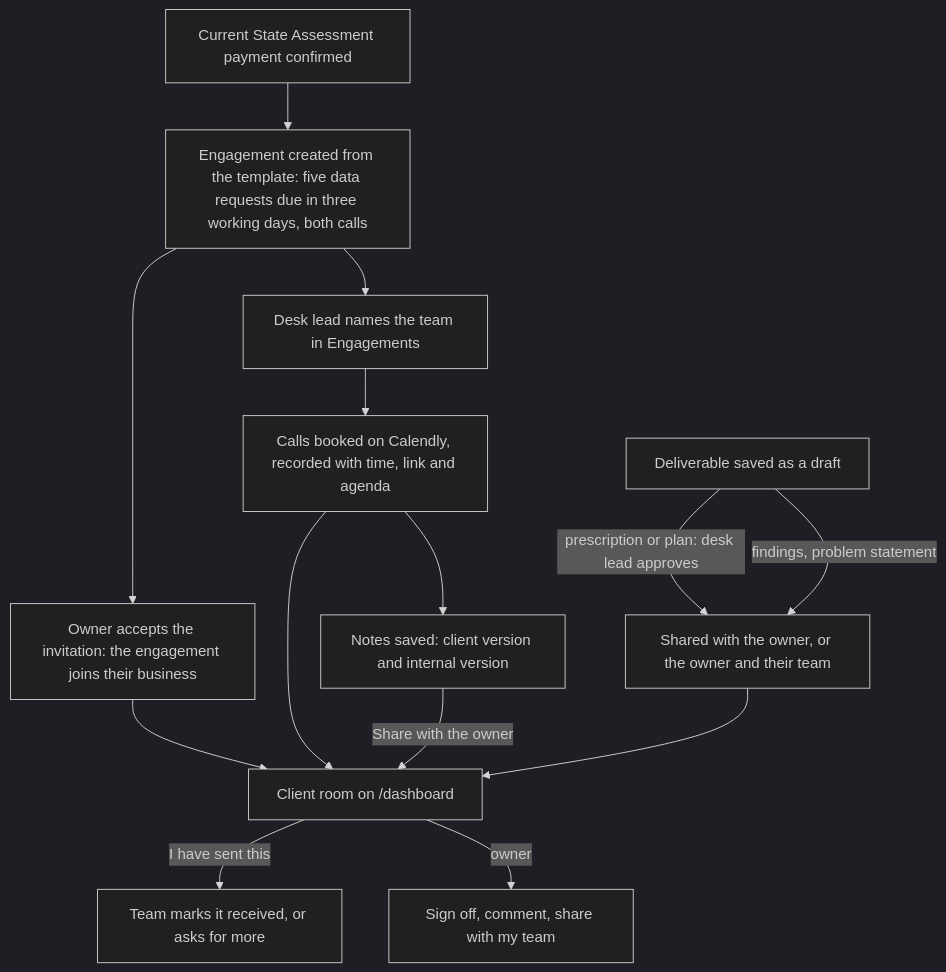
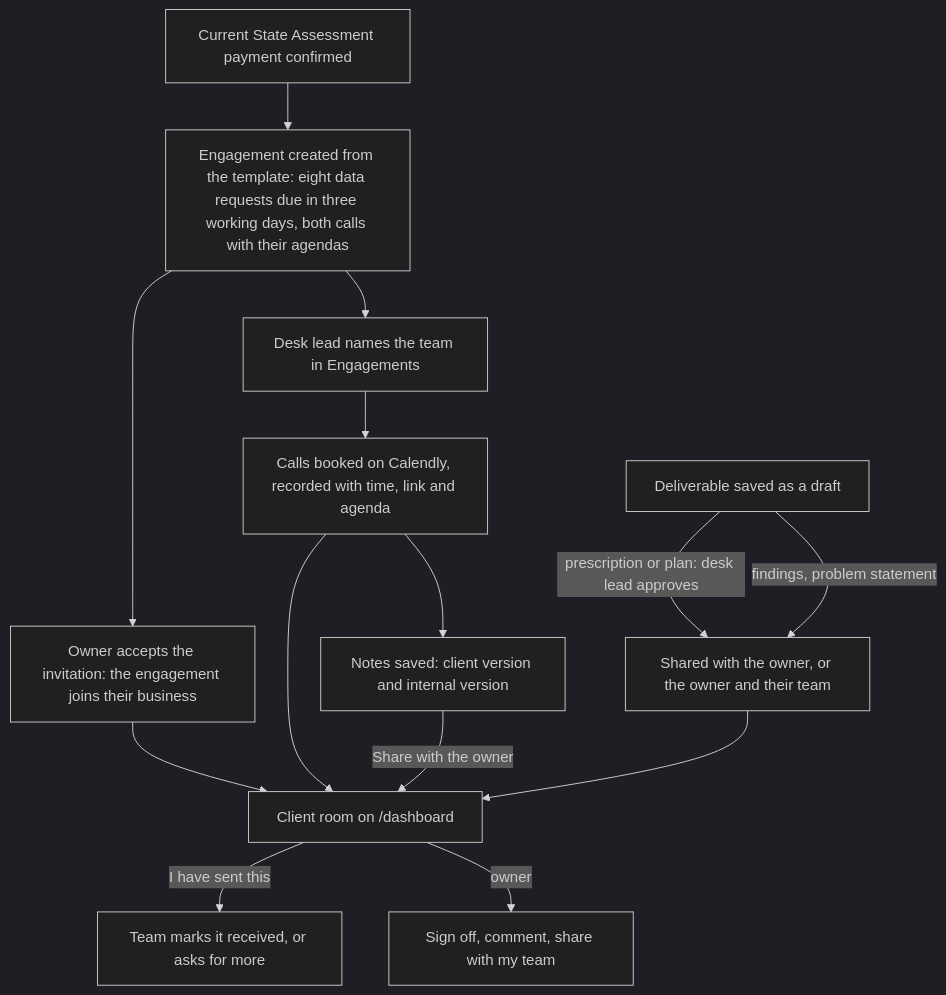
One commit to IPfactory01/IPF-SME changed the third of 3 diagrams in docs/product/03-app-flow.md. Above: the diagram before and after it, drawn with Mermaid (dark theme). The commit also changed other lines of this file and 8 other files, not shown here.

First line of the commit message:
Assessment template from IP Factory's own proposals: requests, agendas, findings outline

````diff
--- a/docs/product/03-app-flow.md
+++ b/docs/product/03-app-flow.md
@@ -185,16 +187,16 @@
 ```mermaid
 flowchart TD
-  P[Current State Assessment payment confirmed] --> E1[Engagement created from the template: five data requests due in three working days, both calls]
+  P[Current State Assessment payment confirmed] --> E1[Engagement created from the template: eight data requests due in three working days, both calls with their agendas]
   E1 --> E2[Desk lead names the team in Engagements]
   E1 --> A[Owner accepts the invitation: the engagement joins their business]
   A --> R[Client room on /dashboard]
   E2 --> B[Calls booked on Calendly, recorded with time, link and agenda]
   B --> R
   R -->|I have sent this| T[Team marks it received, or asks for more]
   B --> N[Notes saved: client version and internal version]
   N -->|Share with the owner| R
   D[Deliverable saved as a draft] -->|prescription or plan: desk lead approves| S[Shared with the owner, or the owner and their team]
   D -->|findings, problem statement| S
   S --> R
   R -->|owner| SO[Sign off, comment, share with my team]
 ```
````
